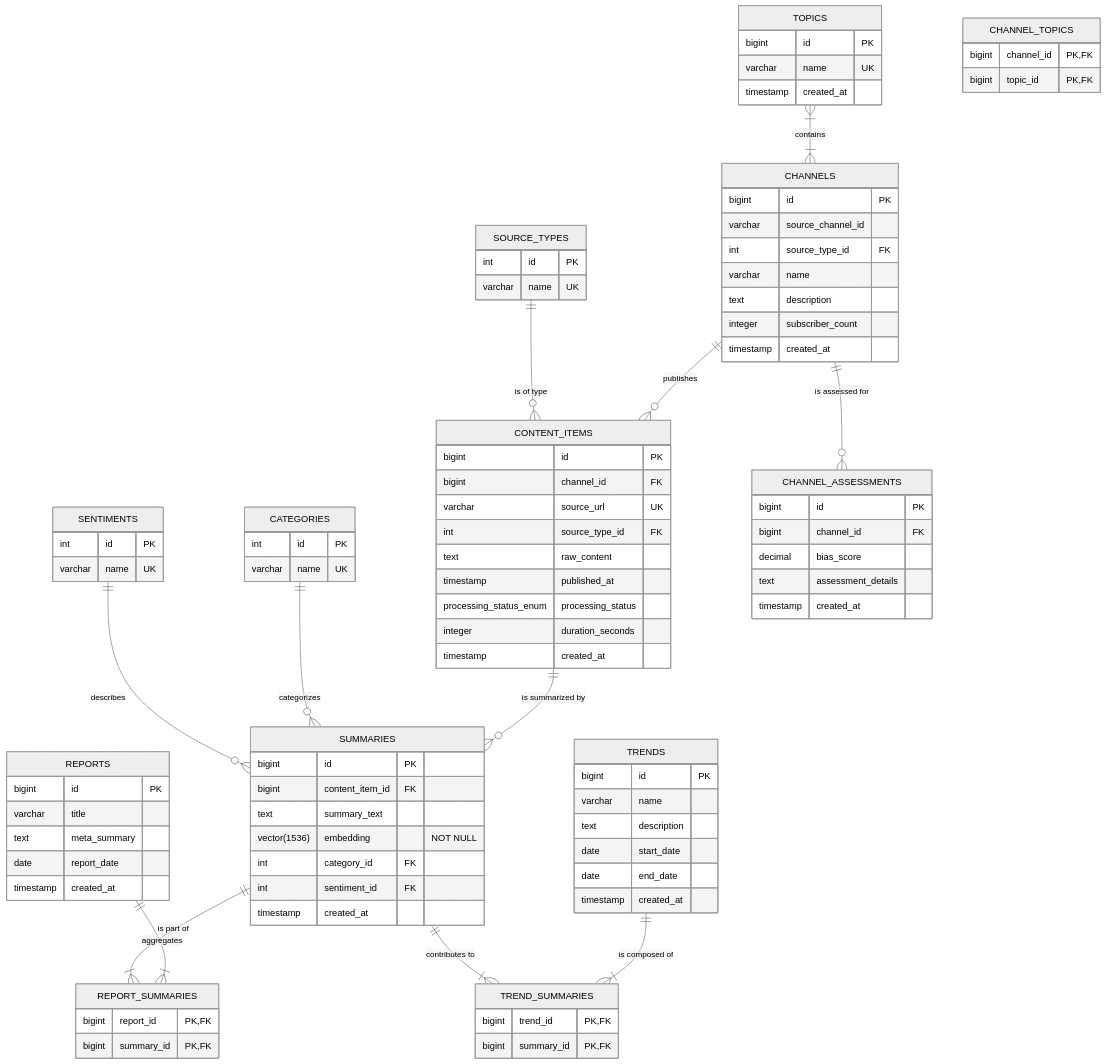
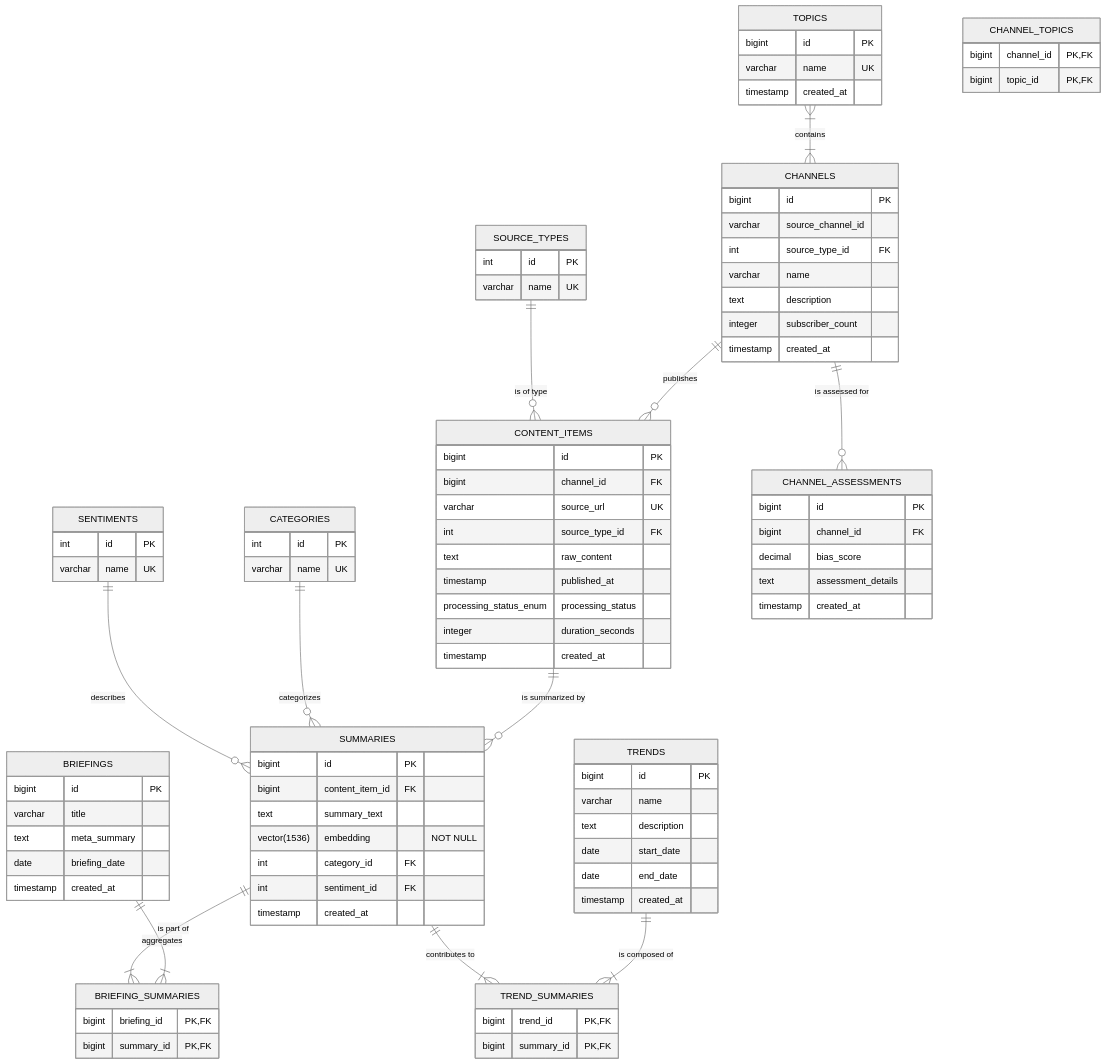
The diagram in docs/sdlc/04_database_design.md (sjuresa/povzetkar), drawn with Mermaid (neutral theme) before and after one commit. The commit also changed other lines of this file and 1 other file, not shown here.

```diff
--- a/docs/sdlc/04_database_design.md
+++ b/docs/sdlc/04_database_design.md
@@ -24,8 +25,8 @@
     CONTENT_ITEMS ||--o{ SUMMARIES : "is summarized by"
     CATEGORIES ||--o{ SUMMARIES : "categorizes"
     SENTIMENTS ||--o{ SUMMARIES : "describes"
-    REPORTS ||--|{ REPORT_SUMMARIES : "aggregates"
-    SUMMARIES ||--|{ REPORT_SUMMARIES : "is part of"
+    BRIEFINGS ||--|{ BRIEFING_SUMMARIES : "aggregates"
+    SUMMARIES ||--|{ BRIEFING_SUMMARIES : "is part of"
     TRENDS ||--|{ TREND_SUMMARIES : "is composed of"
     SUMMARIES ||--|{ TREND_SUMMARIES : "contributes to"
     SOURCE_TYPES ||--o{ CONTENT_ITEMS : "is of type"
@@ -71,11 +72,11 @@
         timestamp created_at
     }
     
-    REPORTS {
+    BRIEFINGS {
         bigint id PK
         varchar title
         text meta_summary
-        date report_date
+        date briefing_date
         timestamp created_at
     }
     
@@ -84,8 +85,8 @@
         varchar name UK
     }
 
-    REPORT_SUMMARIES {
-        bigint report_id PK, FK
+    BRIEFING_SUMMARIES {
+        bigint briefing_id PK, FK
         bigint summary_id PK, FK
     }
 
```
